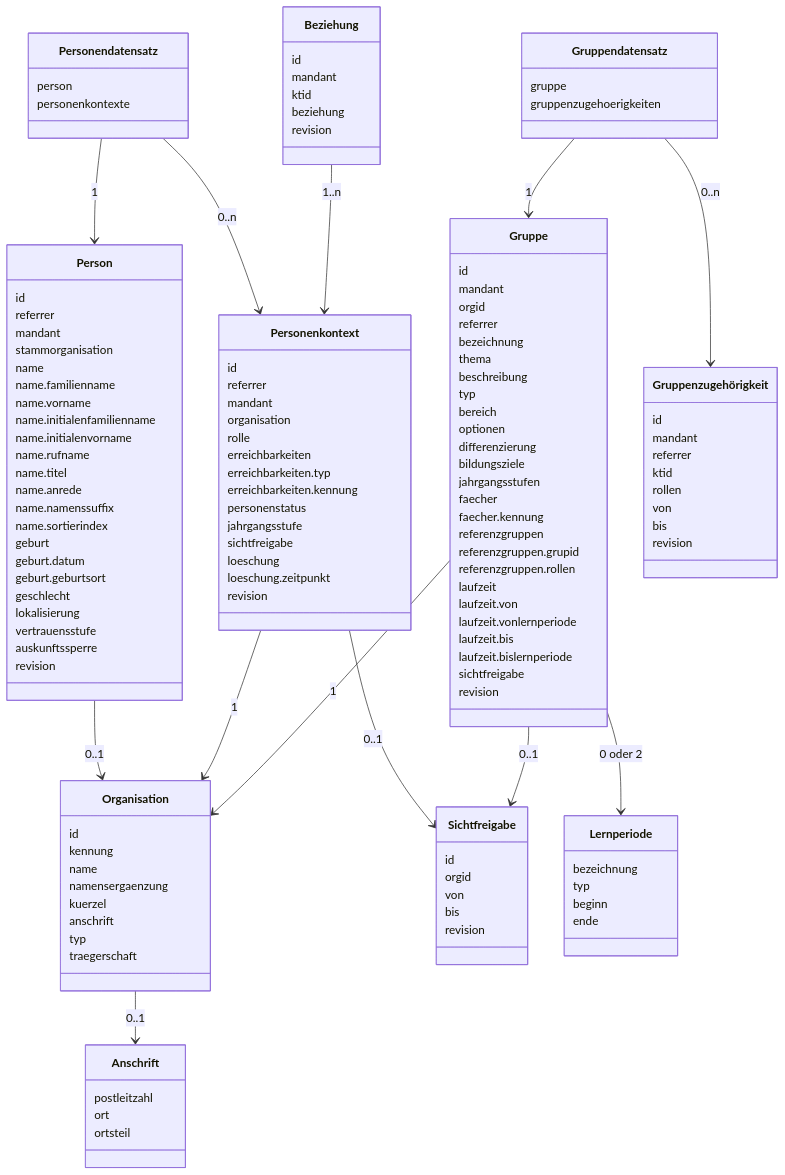
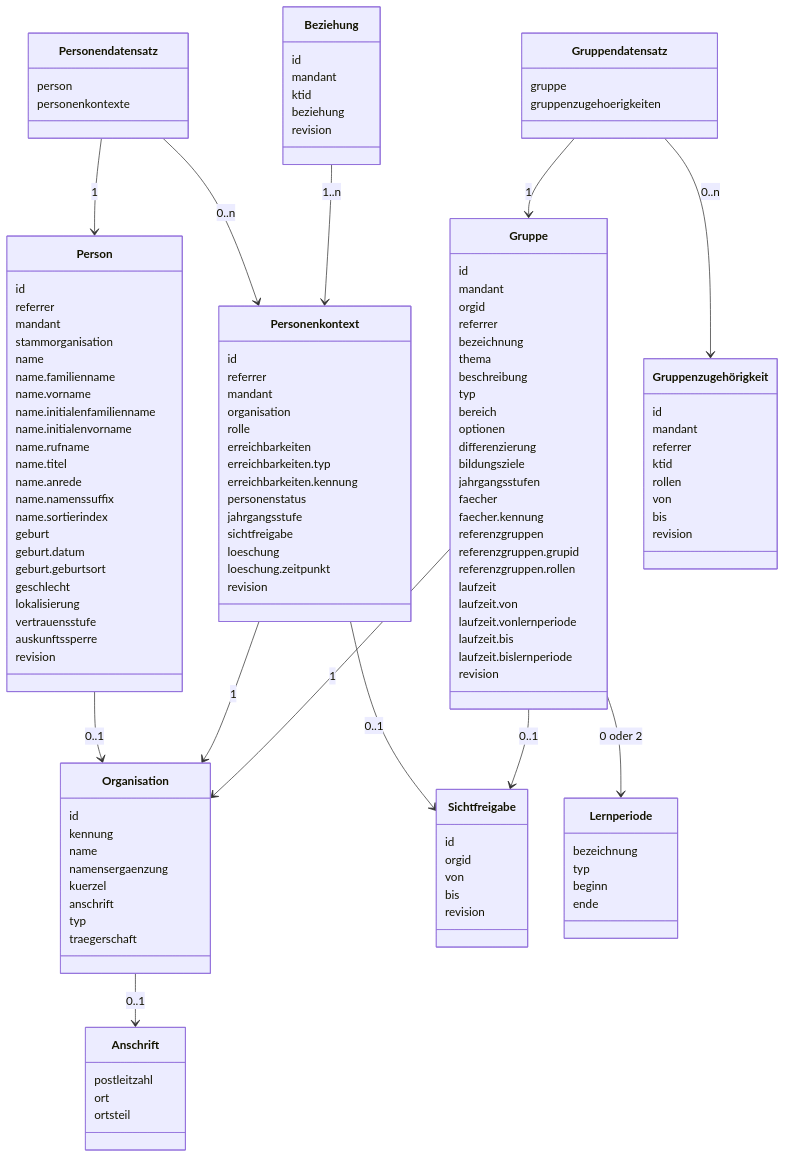
One commit to Schulconnex/Schulconnex changed the diagram in docs/datenmodell/datenmodell.md. Above: the diagram before and after it, drawn with Mermaid.

Commit message:
Update datenmodell.md
Sichtfreigaben bei Gruppen entfernt.

```diff
--- a/docs/datenmodell/datenmodell.md
+++ b/docs/datenmodell/datenmodell.md
@@ -117,7 +117,6 @@
     laufzeit.vonlernperiode
     laufzeit.bis
     laufzeit.bislernperiode
-    sichtfreigabe
     revision
   }
   class Gruppenzugehörigkeit {
```
